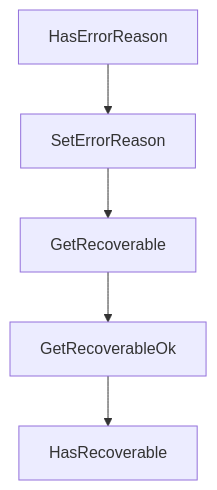
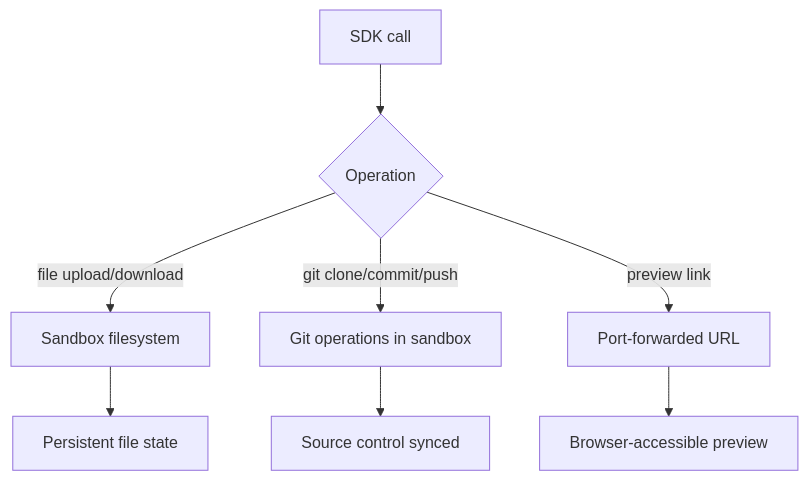
The diagram in tutorials/daytona-tutorial/04-file-git-and-preview-workflows.md (johnxie/awesome-code-docs), drawn with Mermaid before and after one commit. The commit also changed other lines of this file and 1232 other files, not shown here.

````diff
--- a/tutorials/daytona-tutorial/04-file-git-and-preview-workflows.md
+++ b/tutorials/daytona-tutorial/04-file-git-and-preview-workflows.md
@@ -211,12 +42,10 @@
 ```mermaid
 flowchart TD
-    A[HasErrorReason]
-    B[SetErrorReason]
-    C[GetRecoverable]
-    D[GetRecoverableOk]
-    E[HasRecoverable]
-    A --> B
-    B --> C
-    C --> D
-    D --> E
+    A[SDK call] --> B{Operation}
+    B -->|file upload/download| C[Sandbox filesystem]
+    B -->|git clone/commit/push| D[Git operations in sandbox]
+    B -->|preview link| E[Port-forwarded URL]
+    C --> F[Persistent file state]
+    D --> G[Source control synced]
+    E --> H[Browser-accessible preview]
 ```
````
